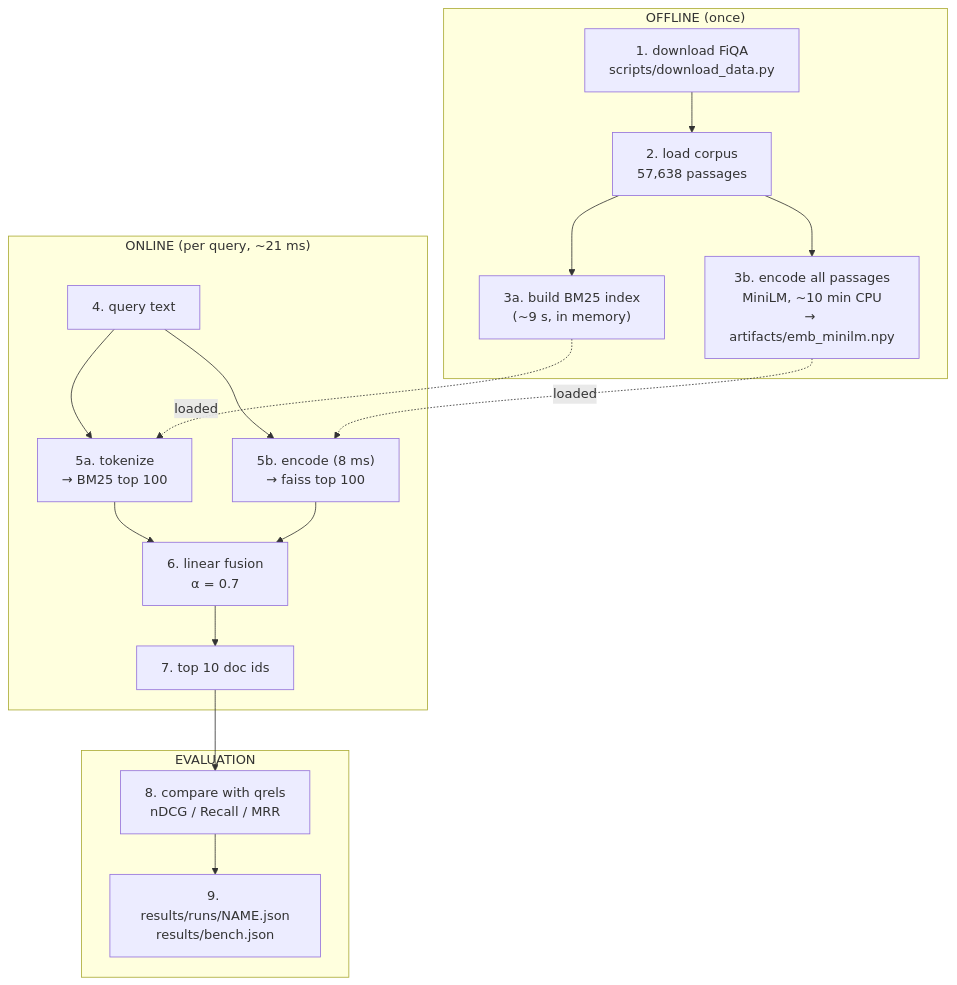
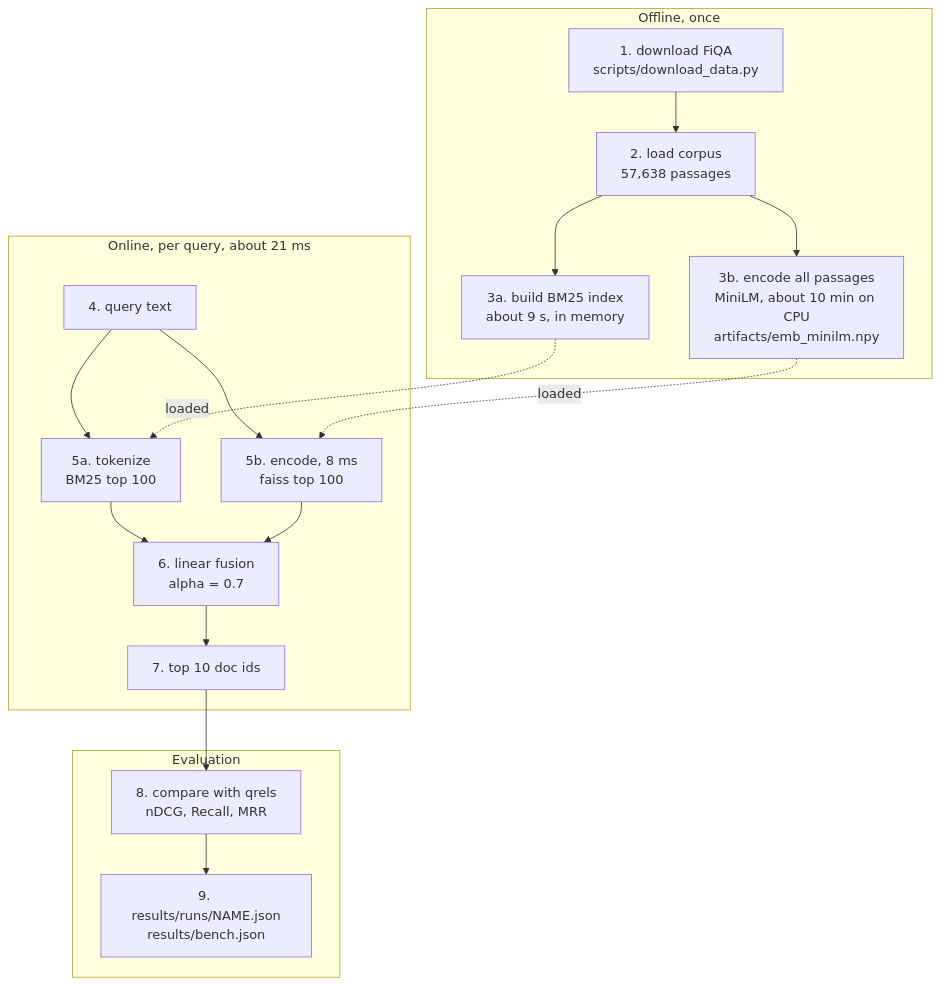
Before and after one commit to node31/fiqa-agentic-retrieval: the first of 4 diagrams in docs/from_zero/06_part_a_end_to_end.md, drawn with Mermaid. The commit also changed other lines of this file and 9 other files, not shown here.

````diff
--- a/docs/from_zero/06_part_a_end_to_end.md
+++ b/docs/from_zero/06_part_a_end_to_end.md
@@ -18,21 +12,21 @@
 ```mermaid
 flowchart TB
-    subgraph OFF["OFFLINE (once)"]
+    subgraph OFF["Offline, once"]
       D1["1. download FiQA<br/>scripts/download_data.py"] --> D2["2. load corpus<br/>57,638 passages"]
-      D2 --> D3["3a. build BM25 index<br/>(~9 s, in memory)"]
-      D2 --> D4["3b. encode all passages<br/>MiniLM, ~10 min CPU<br/>→ artifacts/emb_minilm.npy"]
+      D2 --> D3["3a. build BM25 index<br/>about 9 s, in memory"]
+      D2 --> D4["3b. encode all passages<br/>MiniLM, about 10 min on CPU<br/>artifacts/emb_minilm.npy"]
     end
-    subgraph ON["ONLINE (per query, ~21 ms)"]
-      Q["4. query text"] --> T["5a. tokenize<br/>→ BM25 top 100"]
-      Q --> E["5b. encode (8 ms)<br/>→ faiss top 100"]
-      T --> F["6. linear fusion<br/>α = 0.7"]
+    subgraph ON["Online, per query, about 21 ms"]
+      Q["4. query text"] --> T["5a. tokenize<br/>BM25 top 100"]
+      Q --> E["5b. encode, 8 ms<br/>faiss top 100"]
+      T --> F["6. linear fusion<br/>alpha = 0.7"]
       E --> F
       F --> K["7. top 10 doc ids"]
     end
-    subgraph EV["EVALUATION"]
-      K --> M["8. compare with qrels<br/>nDCG / Recall / MRR"]
+    subgraph EV["Evaluation"]
+      K --> M["8. compare with qrels<br/>nDCG, Recall, MRR"]
       M --> R["9. results/runs/NAME.json<br/>results/bench.json"]
     end
     D3 -.loaded.-> T
     D4 -.loaded.-> E
 ```
````
